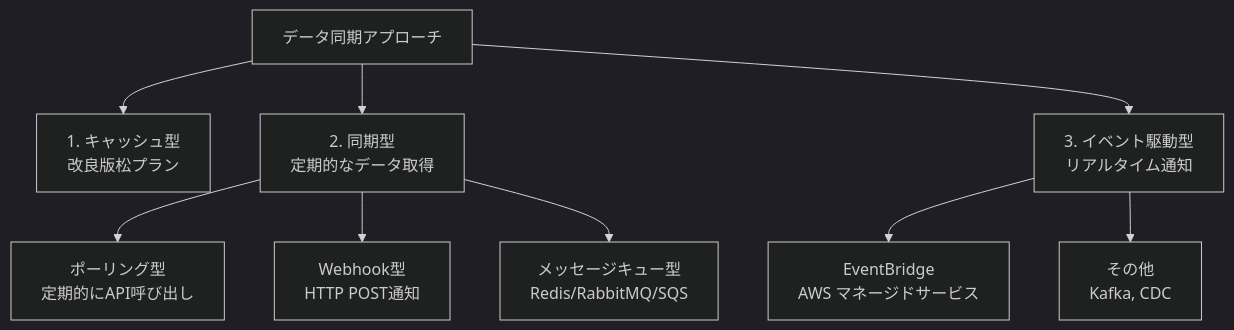
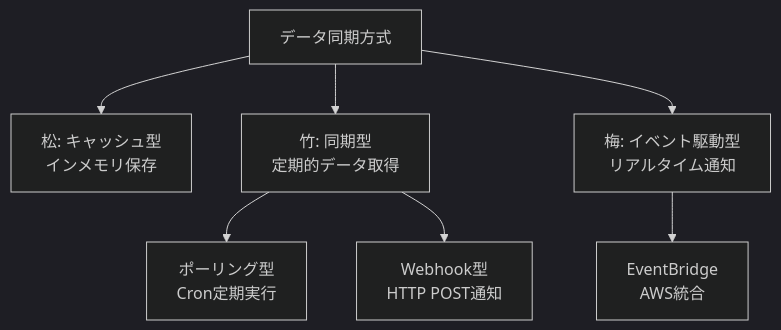
Before and after one commit to KENCOPA/kencopa-dev-docs: the first of 2 diagrams in 03_projects/kunai/🗒️工程マスタ類似検索機能完全実装　基本設計.md, drawn with Mermaid (dark theme). The commit also changed other lines of this file, not shown here.

````diff
--- a/03_projects/kunai/🗒️工程マスタ類似検索機能完全実装　基本設計.md
+++ b/03_projects/kunai/🗒️工程マスタ類似検索機能完全実装　基本設計.md
@@ -3,15 +5,13 @@
-```mermaid  
-graph TB  
-    ROOT[データ同期アプローチ]  
-      
-    ROOT --> A[1. キャッシュ型<br/>改良版松プラン]  
-    ROOT --> B[2. 同期型<br/>定期的なデータ取得]  
-    ROOT --> C[3. イベント駆動型<br/>リアルタイム通知]  
-      
-    B --> B1[ポーリング型<br/>定期的にAPI呼び出し]  
-    B --> B2[Webhook型<br/>HTTP POST通知]  
-    B --> B3[メッセージキュー型<br/>Redis/RabbitMQ/SQS]  
-      
-    C --> C1[EventBridge<br/>AWS マネージドサービス]  
-    C --> C2[その他<br/>Kafka, CDC]  
-```  
+```mermaid
+graph TB
+    ROOT[データ同期方式]
+    
+    ROOT --> MATSU[松: キャッシュ型<br/>インメモリ保存]
+    ROOT --> TAKE[竹: 同期型<br/>定期的データ取得]
+    ROOT --> UME[梅: イベント駆動型<br/>リアルタイム通知]
+    
+    TAKE --> POLLING[ポーリング型<br/>Cron定期実行]
+    TAKE --> WEBHOOK[Webhook型<br/>HTTP POST通知]
+    
+    UME --> EVENTBRIDGE[EventBridge<br/>AWS統合]
+```
````
